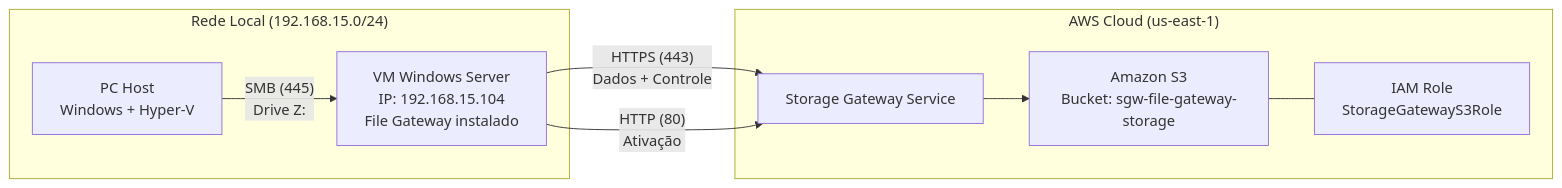
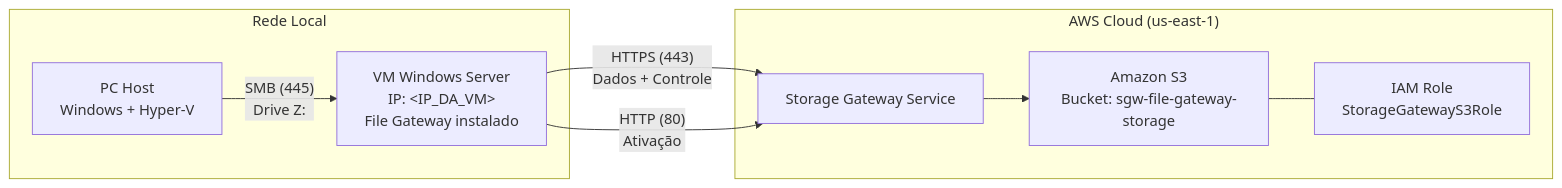
The diagram in arquitetura.md (luizinhesta/AWS-Storage-Gateway), drawn with Mermaid before and after one commit. The commit also changed other lines of this file and 2 other files, not shown here.

Commit message:
Atualização

````diff
--- a/arquitetura.md
+++ b/arquitetura.md
@@ -5,19 +5,19 @@
 ```mermaid
 graph LR
-    subgraph "Rede Local (192.168.15.0/24)"
+    subgraph "Rede Local"
         PC["PC Host<br/>Windows + Hyper-V"]
-        VM["VM Windows Server<br/>IP: 192.168.15.104<br/>File Gateway instalado"]
+        VM["VM Windows Server<br/>IP: &lt;IP_DA_VM&gt;<br/>File Gateway instalado"]
     end
 
     subgraph "AWS Cloud (us-east-1)"
         SGW["Storage Gateway Service"]
         S3["Amazon S3<br/>Bucket: sgw-file-gateway-storage"]
         IAM["IAM Role<br/>StorageGatewayS3Role"]
     end
 
     PC -->|"SMB (445)<br/>Drive Z:"| VM
     VM -->|"HTTPS (443)<br/>Dados + Controle"| SGW
     SGW --> S3
     S3 --- IAM
     VM -->|"HTTP (80)<br/>Ativação"| SGW
 ```
````
